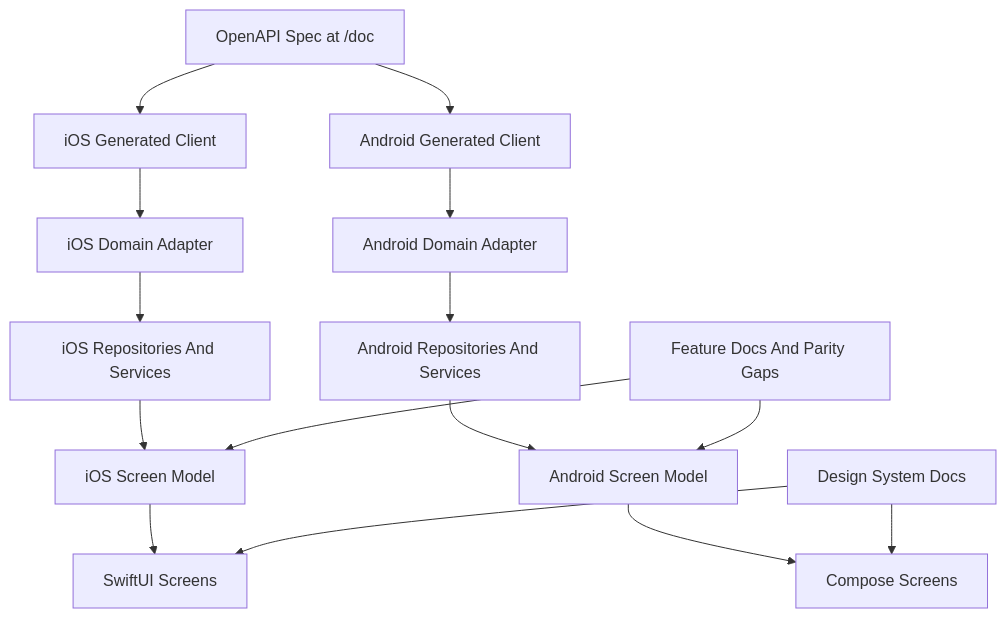
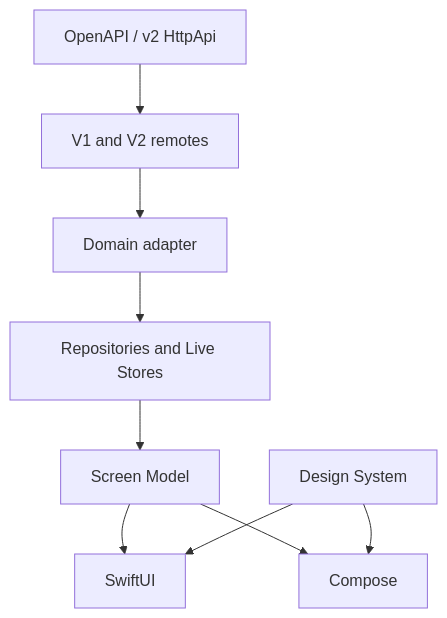
The diagram in docs/architecture.md (opencode-mobile/opencode-mobile), drawn with Mermaid before and after one commit. The commit also changed other lines of this file and 146 other files, not shown here.

First line of the commit message:
Keep eight live feature dirs; collapse the rest

````diff
--- a/docs/architecture.md
+++ b/docs/architecture.md
@@ -26,17 +18,11 @@
 ```mermaid
 flowchart TB
-  openApi["OpenAPI Spec at /doc"] --> iosGenerated[iOS Generated Client]
-  openApi --> androidGenerated[Android Generated Client]
-  iosGenerated --> iosDomain[iOS Domain Adapter]
-  androidGenerated --> androidDomain[Android Domain Adapter]
-  iosDomain --> iosServices[iOS Repositories And Services]
-  androidDomain --> androidServices[Android Repositories And Services]
-  iosServices --> iosScreenModel["iOS Screen Model"]
-  androidServices --> androidScreenModel["Android Screen Model"]
-  iosScreenModel --> iosUI[SwiftUI Screens]
-  androidScreenModel --> androidUI[Compose Screens]
-  designSystem[Design System Docs] --> iosUI
+  openApi["OpenAPI / v2 HttpApi"] --> remotes[V1 and V2 remotes]
+  remotes --> adapter[Domain adapter]
+  adapter --> repos[Repositories and Live Stores]
+  repos --> screenModel[Screen Model]
+  screenModel --> iosUI[SwiftUI]
+  screenModel --> androidUI[Compose]
+  designSystem[Design System] --> iosUI
   designSystem --> androidUI
-  featureDocs[Feature Docs And Parity Gaps] --> iosScreenModel
-  featureDocs --> androidScreenModel
 ```
````
